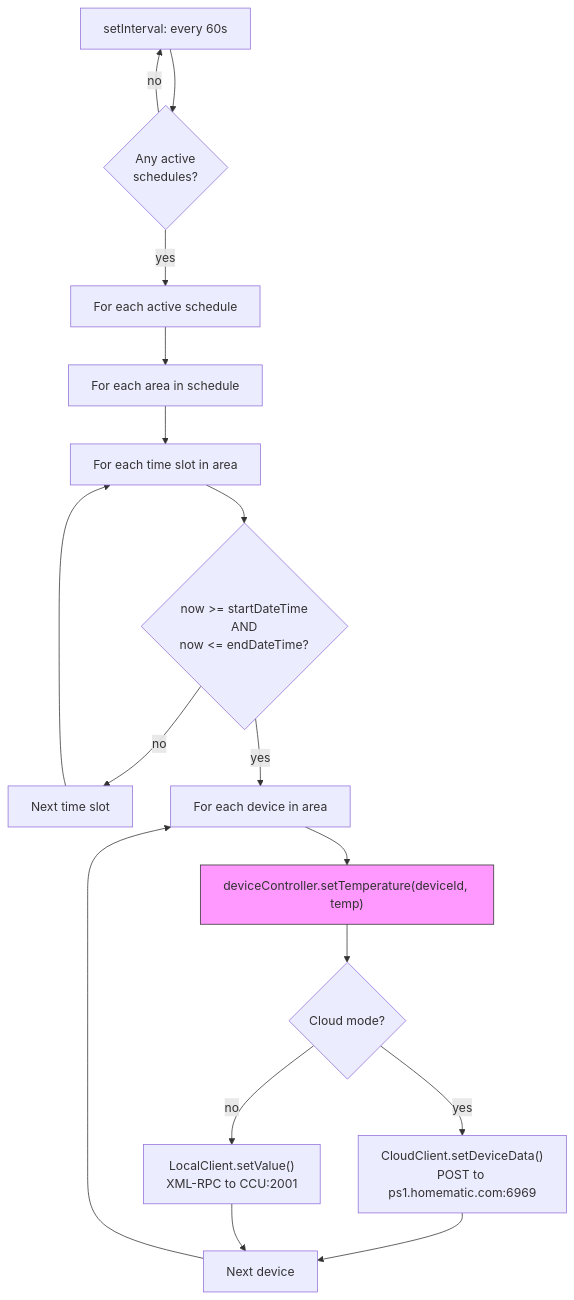
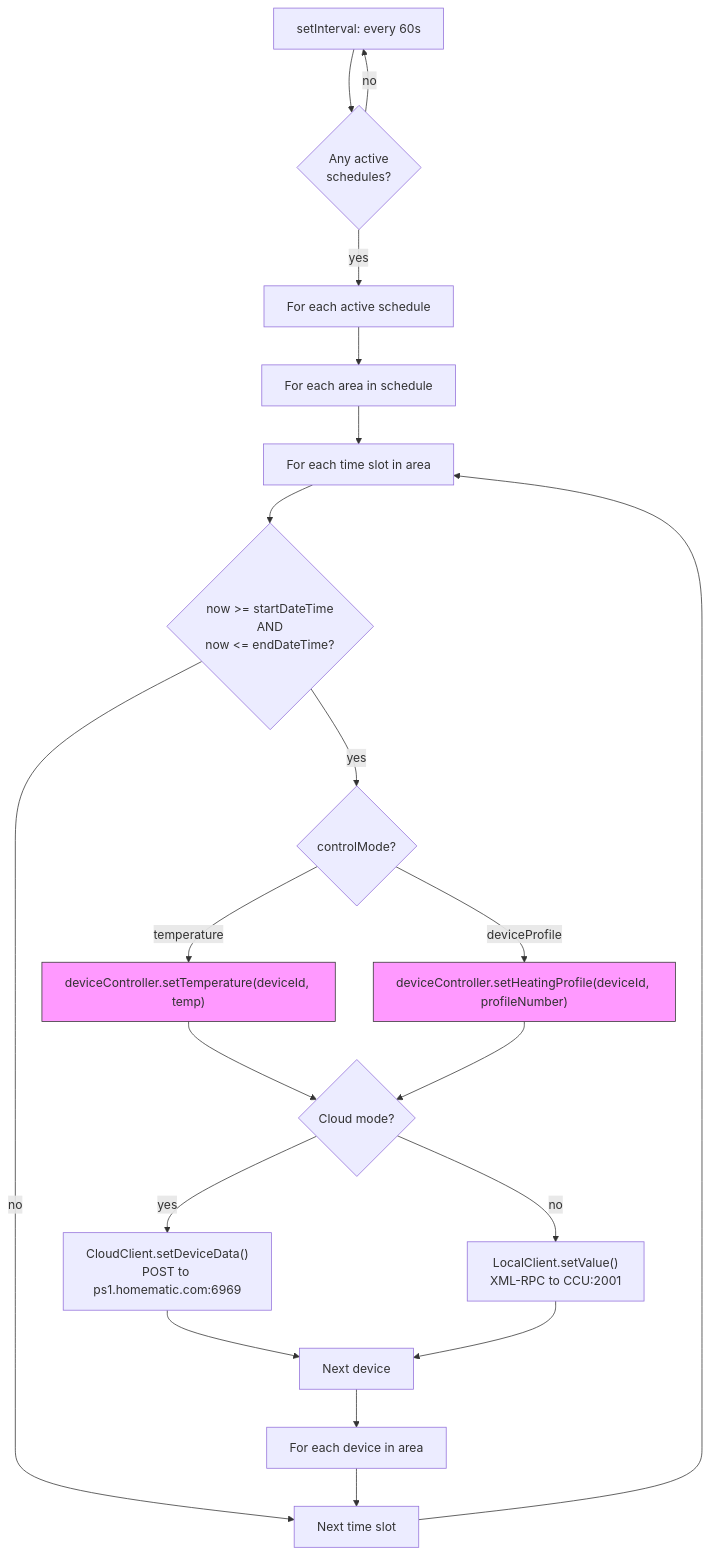
Before and after one commit to rore78/homematicHeatingWithNumbersFile: the fifth of 10 diagrams in docs/data-flow.md, drawn with Mermaid. The commit also changed other lines of this file and 72 other files, not shown here.

````diff
--- a/docs/data-flow.md
+++ b/docs/data-flow.md
@@ -166,25 +199,30 @@
 ```mermaid
 flowchart TD
     Start["setInterval: every 60s"] --> CheckActive{"Any active<br/>schedules?"}
     CheckActive -- "no" --> Start
 
     CheckActive -- "yes" --> IterSchedules["For each active schedule"]
     IterSchedules --> IterAreas["For each area in schedule"]
     IterAreas --> IterSlots["For each time slot in area"]
 
     IterSlots --> TimeCheck{"now >= startDateTime<br/>AND<br/>now <= endDateTime?"}
     TimeCheck -- "no" --> NextSlot["Next time slot"]
-    TimeCheck -- "yes" --> IterDevices["For each device in area"]
+    TimeCheck -- "yes" --> CheckMode{"controlMode?"}
 
-    IterDevices --> SetTemp["deviceController.setTemperature(deviceId, temp)"]
+    CheckMode -- "temperature" --> SetTemp["deviceController.setTemperature(deviceId, temp)"]
+    CheckMode -- "deviceProfile" --> SetProfile["deviceController.setHeatingProfile(deviceId, profileNumber)"]
+
     SetTemp --> IsCloud{"Cloud mode?"}
+    SetProfile --> IsCloud
     IsCloud -- "yes" --> CloudAPI["CloudClient.setDeviceData()<br/>POST to ps1.homematic.com:6969"]
     IsCloud -- "no" --> LocalRPC["LocalClient.setValue()<br/>XML-RPC to CCU:2001"]
 
     CloudAPI --> NextDevice["Next device"]
     LocalRPC --> NextDevice
-    NextDevice --> IterDevices
+    NextDevice --> IterDevices["For each device in area"]
+    IterDevices --> NextSlot
     NextSlot --> IterSlots
 
     style SetTemp fill:#f9f,stroke:#333
+    style SetProfile fill:#f9f,stroke:#333
 ```
````
